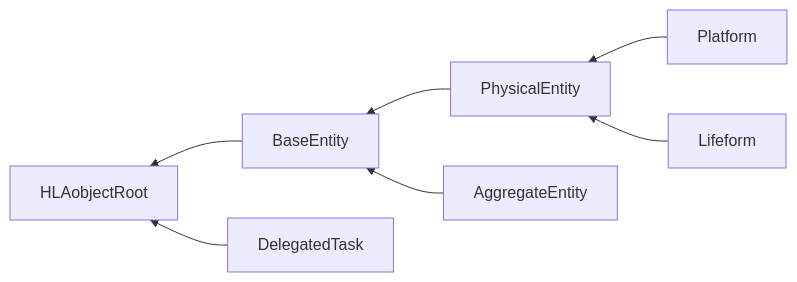
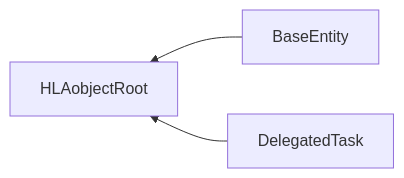
Before and after one commit to AMSP-04/NETN-ETR: the second of 3 diagrams in NETN-ETR.md, drawn with Mermaid. The commit also changed other lines of this file and 2 other files, not shown here.

````diff
--- a/NETN-ETR.md
+++ b/NETN-ETR.md
@@ -94,9 +94,5 @@
 ```mermaid
 graph RL
 BaseEntity-->HLAobjectRoot
 DelegatedTask-->HLAobjectRoot
-PhysicalEntity-->BaseEntity
-AggregateEntity-->BaseEntity
-Platform-->PhysicalEntity
-Lifeform-->PhysicalEntity
 ```
````
